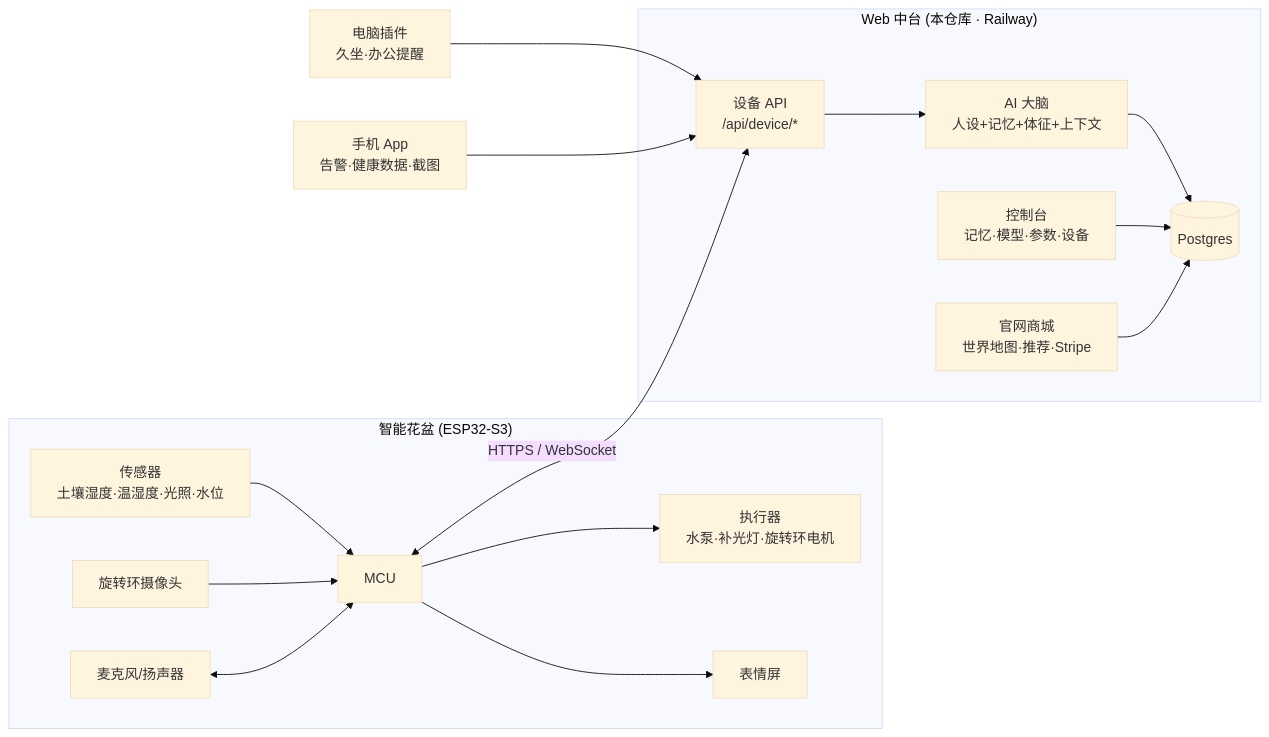
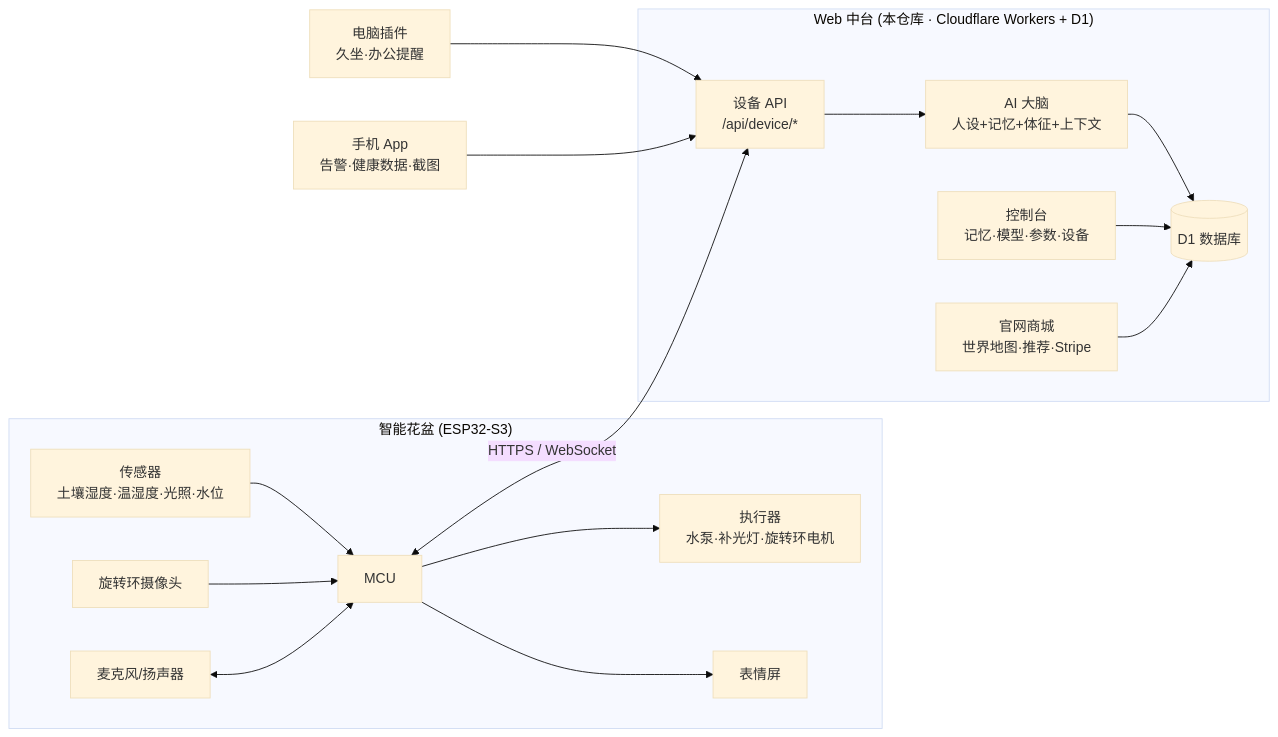
One commit to AkinoHu/oeeoee changed the diagram in docs/PLAN.md. Above: the diagram before and after it, drawn with Mermaid (base theme). The commit also changed other lines of this file and 35 other files, not shown here.

First line of the commit message:
Move hosting to Cloudflare Workers + D1 for oeeoee.com

````diff
--- a/docs/PLAN.md
+++ b/docs/PLAN.md
@@ -22,23 +22,23 @@
 ```mermaid
 flowchart LR
   subgraph Pot["智能花盆 (ESP32-S3)"]
     S[传感器<br/>土壤湿度·温湿度·光照·水位] --> MCU
     MCU --> A[执行器<br/>水泵·补光灯·旋转环电机]
     Cam[旋转环摄像头] --> MCU
     Mic[麦克风/扬声器] <--> MCU
     MCU --> Face[表情屏]
   end
-  subgraph Cloud["Web 中台 (本仓库 · Railway)"]
+  subgraph Cloud["Web 中台 (本仓库 · Cloudflare Workers + D1)"]
     API[设备 API<br/>/api/device/*]
     Brain[AI 大脑<br/>人设+记忆+体征+上下文]
-    DB[(Postgres)]
+    DB[(D1 数据库)]
     Console[控制台<br/>记忆·模型·参数·设备]
     Shop[官网商城<br/>世界地图·推荐·Stripe]
   end
   Desk[电脑插件<br/>久坐·办公提醒] --> API
   App[手机 App<br/>告警·健康数据·截图] --> API
   MCU <-->|HTTPS / WebSocket| API
   API --> Brain --> DB
   Console --> DB
   Shop --> DB
 ```
````
